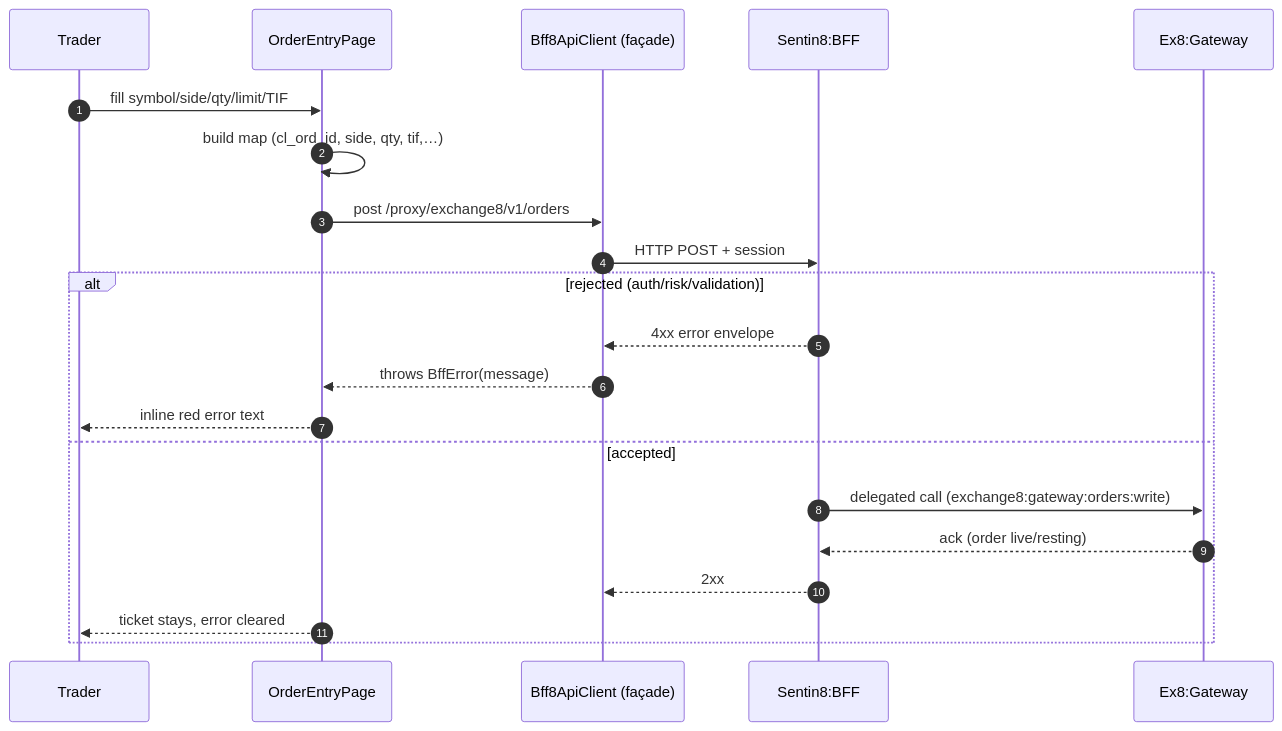
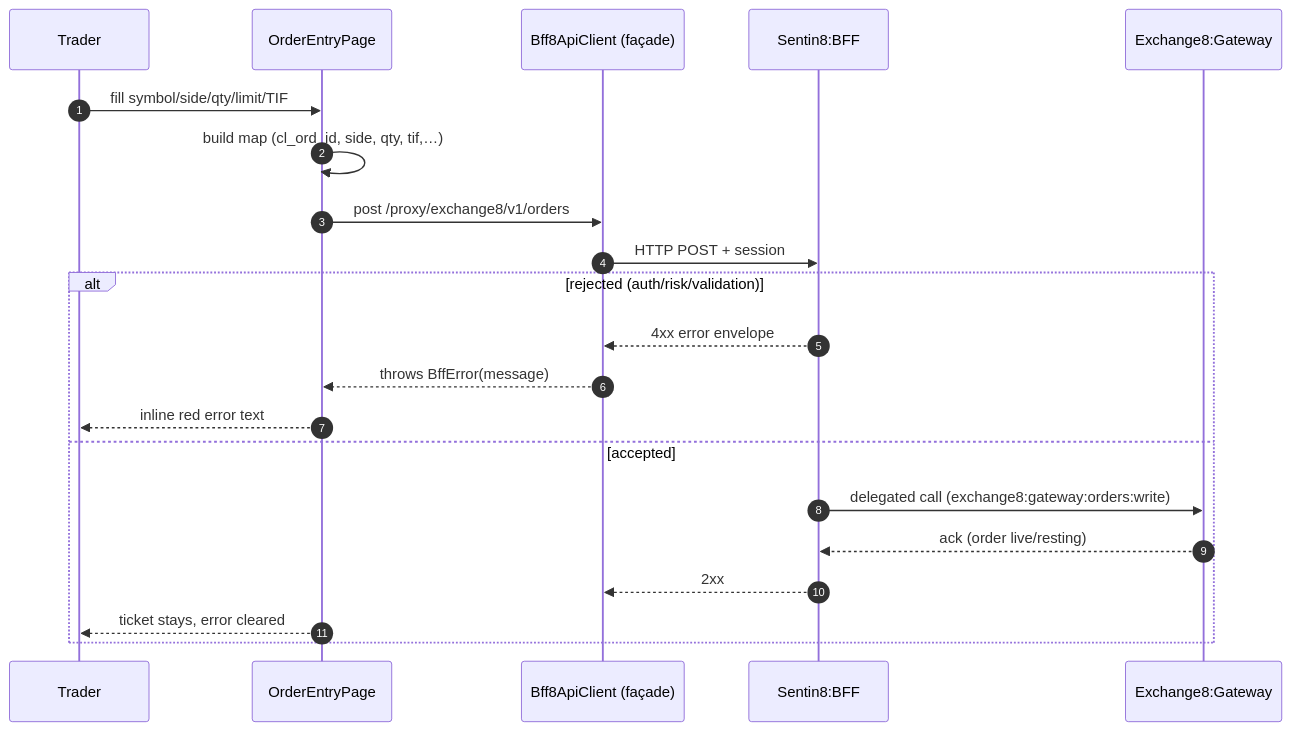
Before and after one commit to Exchange8-dev/exchange8-eexchange: the fourth of 11 diagrams in DESIGN.md, drawn with Mermaid. The commit also changed other lines of this file and 1 other file, not shown here.

Commit message:
Naming: Ex8 abbreviation replaced with Exchange8 across docs and doc comments — the full brand name only, never abbreviated (owner decision 2026-10-15)

````diff
--- a/DESIGN.md
+++ b/DESIGN.md
@@ -121,24 +121,24 @@
 ```mermaid
 sequenceDiagram
     autonumber
     participant U as Trader
     participant OE as OrderEntryPage
     participant API as Bff8ApiClient (façade)
     participant BFF as Sentin8:BFF
-    participant GW as Ex8:Gateway
+    participant GW as Exchange8:Gateway
 
     U->>OE: fill symbol/side/qty/limit/TIF
     OE->>OE: build map (cl_ord_id, side, qty, tif,…)
     OE->>API: post /proxy/exchange8/v1/orders
     API->>BFF: HTTP POST + session
     alt rejected (auth/risk/validation)
         BFF-->>API: 4xx error envelope
         API-->>OE: throws BffError(message)
         OE-->>U: inline red error text
     else accepted
         BFF->>GW: delegated call (exchange8:gateway:orders:write)
         GW-->>BFF: ack (order live/resting)
         BFF-->>API: 2xx
         OE-->>U: ticket stays, error cleared
     end
 ```
````
